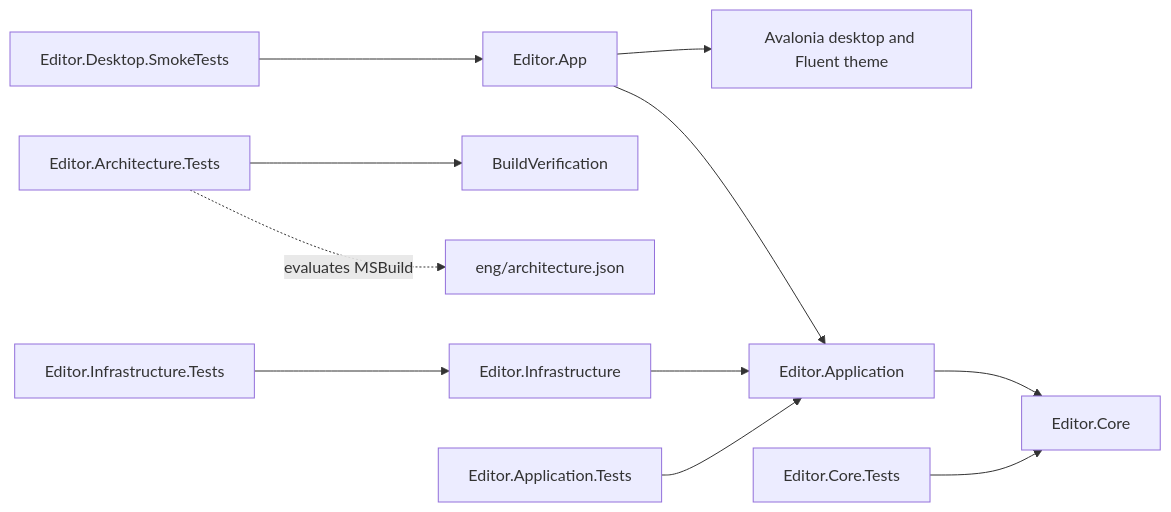
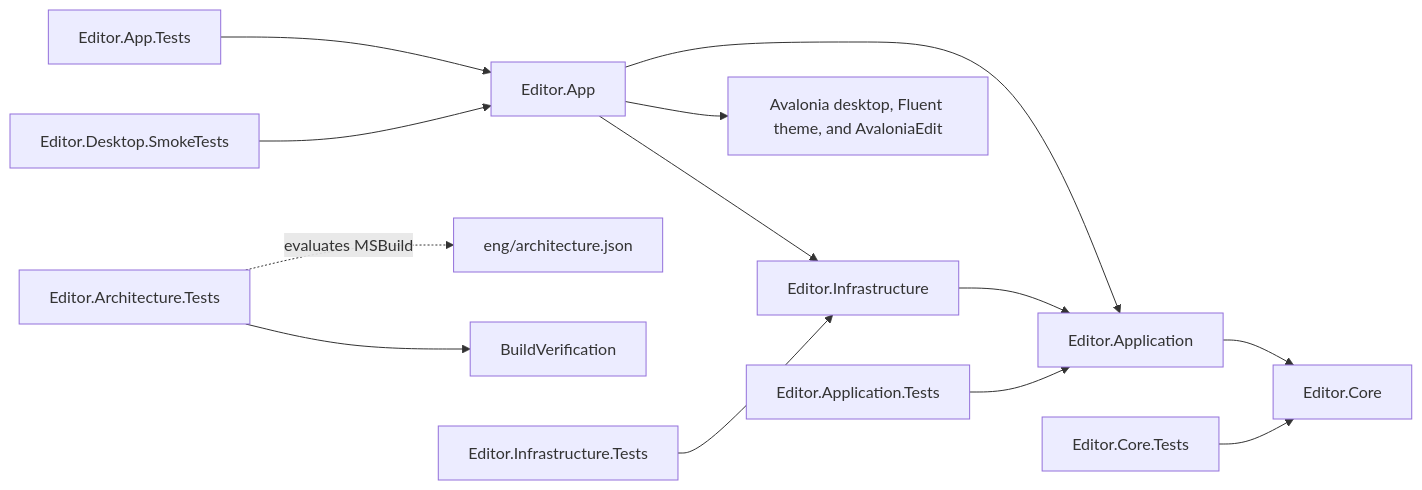
One commit to daniel-kindl/tangopad changed the diagram in docs/architecture.md. Above: the diagram before and after it, drawn with Mermaid. The commit also changed other lines of this file and 23 other files, not shown here.

Commit message:
feat(editor): connect AvaloniaEdit to plain-text document session (#20)

````diff
--- a/docs/architecture.md
+++ b/docs/architecture.md
@@ -12,13 +12,15 @@
 ```mermaid
 flowchart LR
     App[Editor.App] --> Application[Editor.Application]
+    App --> Infrastructure
     Application --> Core[Editor.Core]
     Infrastructure[Editor.Infrastructure] --> Application
-    App --> Avalonia[Avalonia desktop and Fluent theme]
+    App --> Avalonia[Avalonia desktop, Fluent theme, and AvaloniaEdit]
     ArchitectureTests[Editor.Architecture.Tests] -. evaluates MSBuild .-> Policy[eng/architecture.json]
     ArchitectureTests --> BuildVerification[BuildVerification]
     ApplicationTests[Editor.Application.Tests] --> Application
     CoreTests[Editor.Core.Tests] --> Core
     InfrastructureTests[Editor.Infrastructure.Tests] --> Infrastructure
+    AppTests[Editor.App.Tests] --> App
     SmokeTests[Editor.Desktop.SmokeTests] --> App
 ```
````
